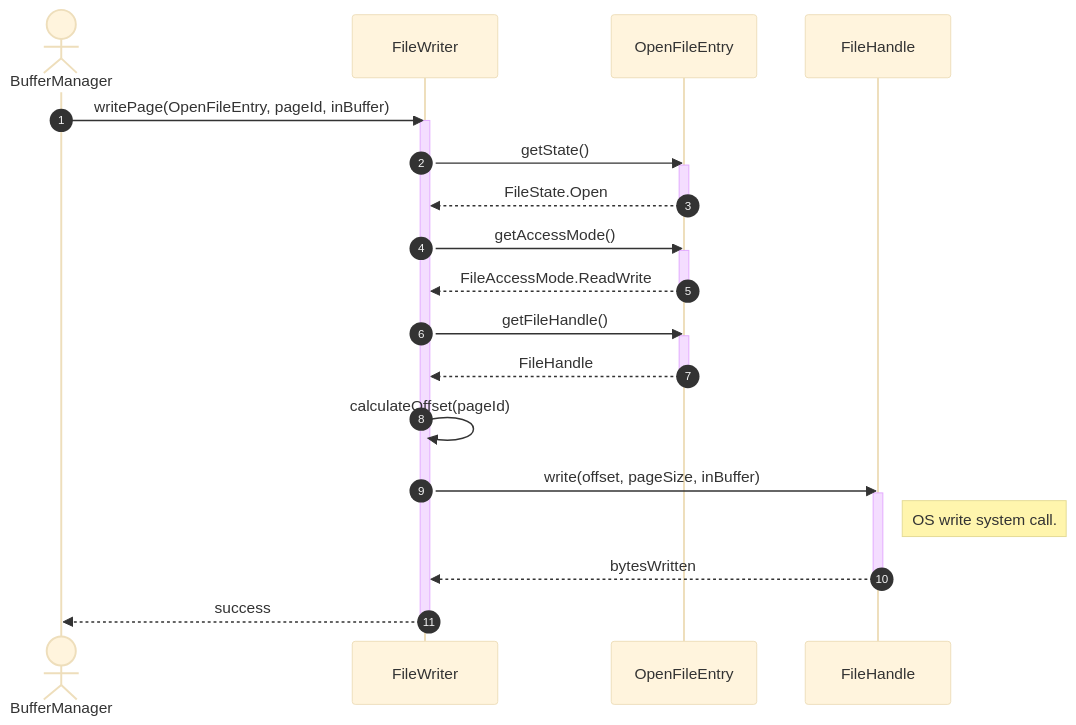
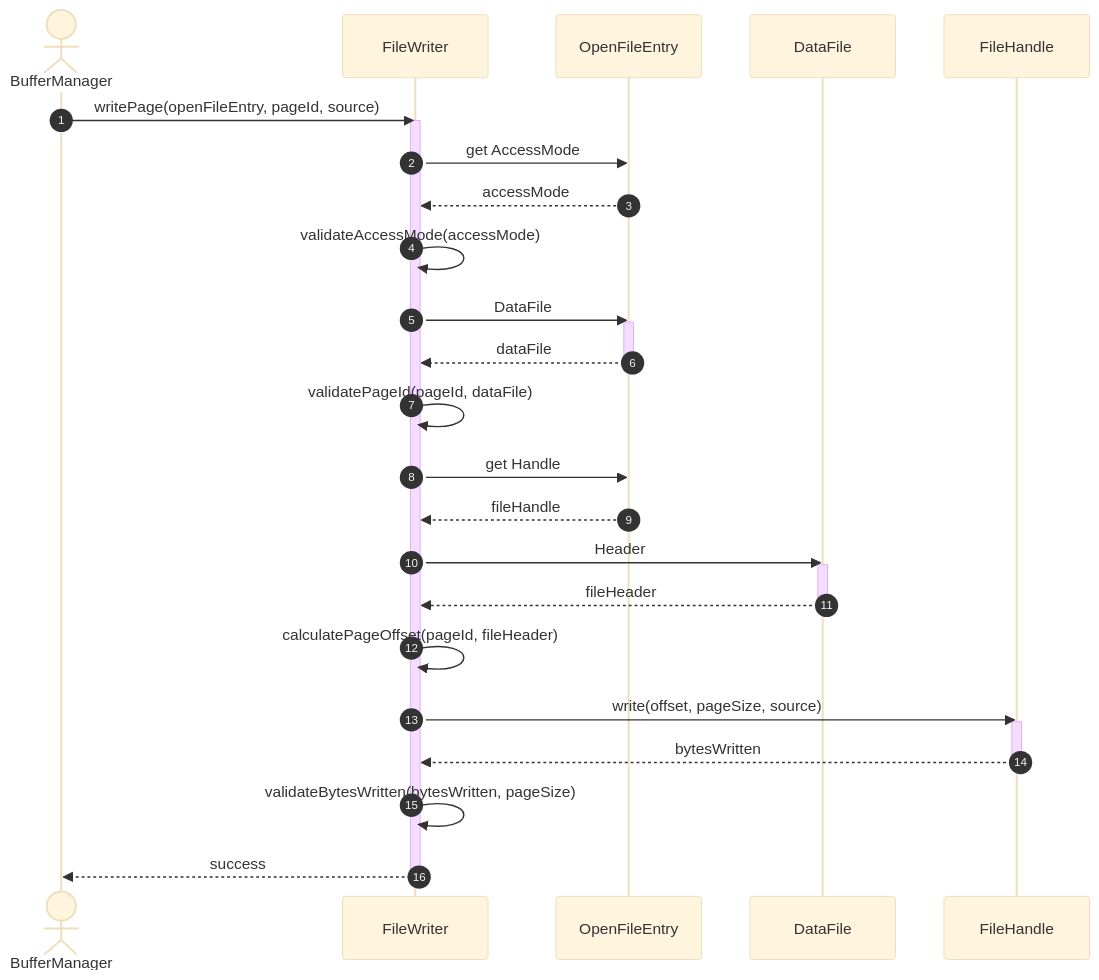
One commit to manaxpow/DBMS changed the first of 5 diagrams in docs/diagrams/sequence-diagrams/storage-engine/file-management/file-io/write-file.md. Above: the diagram before and after it, drawn with Mermaid (base theme). The commit also changed other lines of this file and 41 other files, not shown here.

Commit message:
#3 upload class and sequencce diagram

````diff
--- a/docs/diagrams/sequence-diagrams/storage-engine/file-management/file-io/write-file.md
+++ b/docs/diagrams/sequence-diagrams/storage-engine/file-management/file-io/write-file.md
@@ -10,37 +10,44 @@
 ```mermaid
 sequenceDiagram
     autonumber
     actor BM as BufferManager
     participant FW as FileWriter
     participant OE as OpenFileEntry
+    participant DF as DataFile
     participant FH as FileHandle
 
-    BM->>FW: writePage(OpenFileEntry, pageId, inBuffer)
+    BM->>FW: writePage(openFileEntry, pageId, source)
     activate FW
     
-    FW->>OE: getState()
+    FW->>OE: get AccessMode
+    OE-->>FW: accessMode
+    
+    FW->>FW: validateAccessMode(accessMode)
+    
+    FW->>OE: DataFile
     activate OE
-    OE-->>FW: FileState.Open
+    OE-->>FW: dataFile
     deactivate OE
     
-    FW->>OE: getAccessMode()
-    activate OE
-    OE-->>FW: FileAccessMode.ReadWrite
-    deactivate OE
+    FW->>FW: validatePageId(pageId, dataFile)
     
-    FW->>OE: getFileHandle()
-    activate OE
-    OE-->>FW: FileHandle
-    deactivate OE
+    FW->>OE: get Handle
+    OE-->>FW: fileHandle
     
-    FW->>FW: calculateOffset(pageId)
+    FW->>DF: Header
+    activate DF
+    DF-->>FW: fileHeader
+    deactivate DF
     
-    FW->>FH: write(offset, pageSize, inBuffer)
+    FW->>FW: calculatePageOffset(pageId, fileHeader)
+    
+    FW->>FH: write(offset, pageSize, source)
     activate FH
-    note right of FH: OS write system call.
     FH-->>FW: bytesWritten
     deactivate FH
+    
+    FW->>FW: validateBytesWritten(bytesWritten, pageSize)
     
     FW-->>BM: success
     deactivate FW
 ```
````
